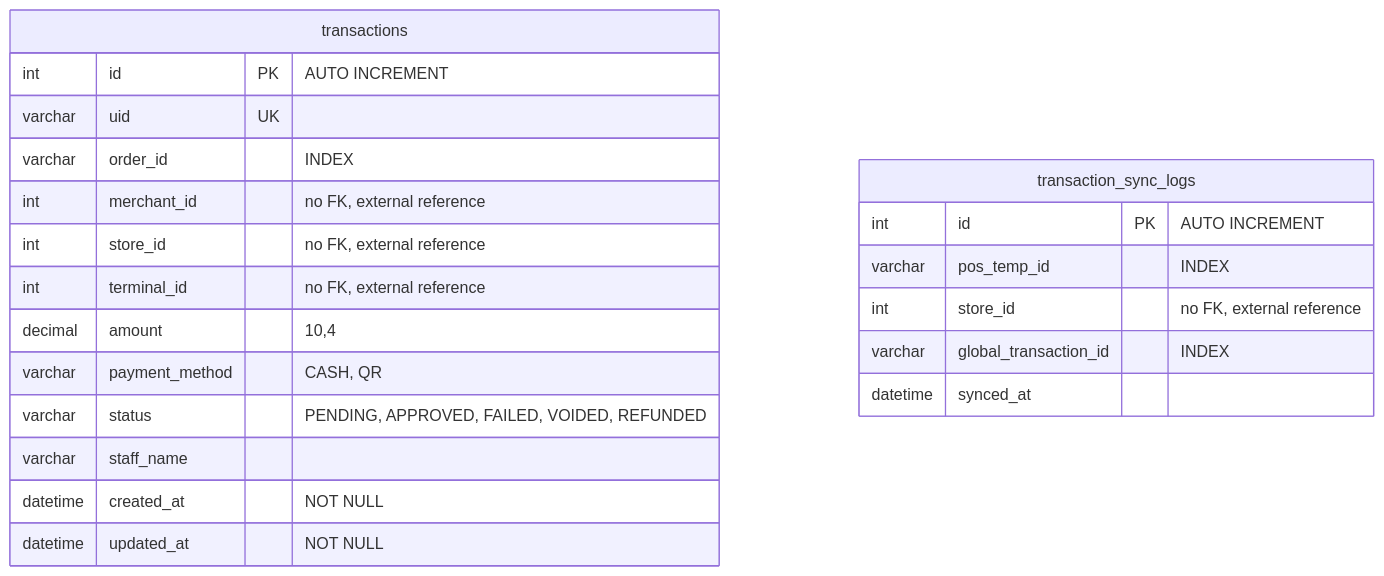
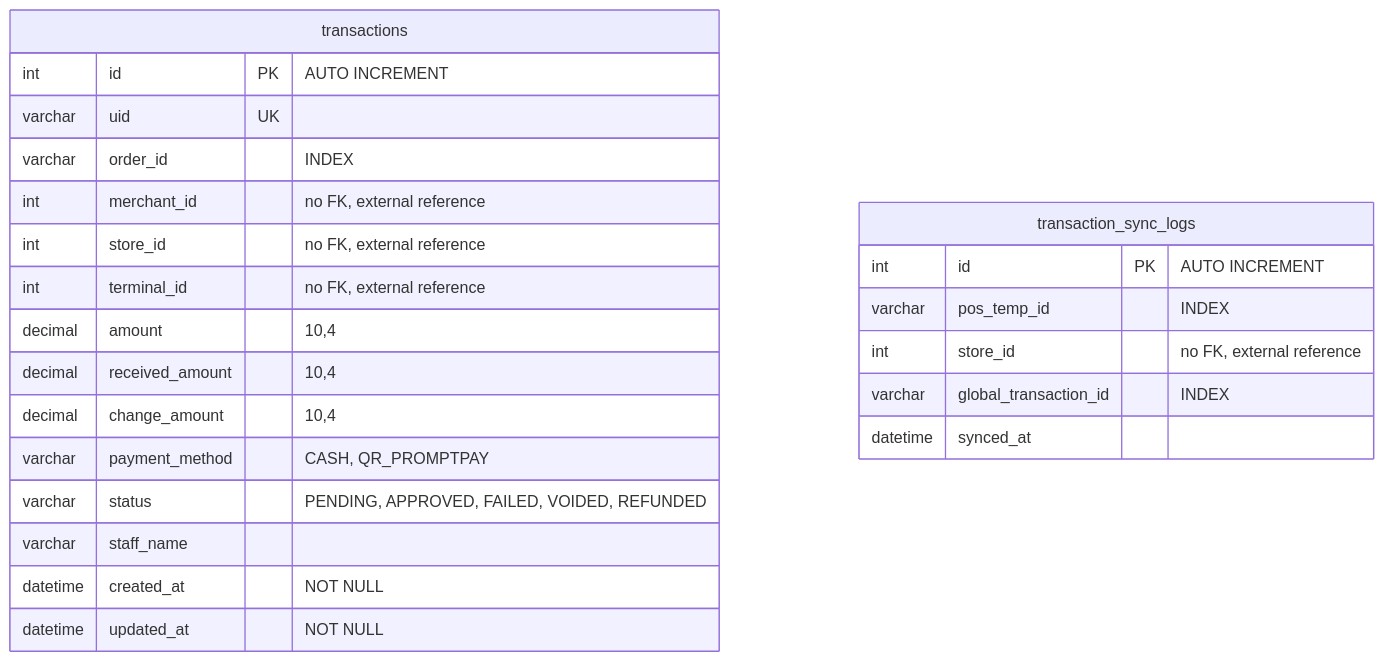
The diagram in docs/portal/erdiagram/transaction-management.md (apisit110/pos-center), drawn with Mermaid before and after one commit. The commit also changed other lines of this file and 16 other files, not shown here.

Commit message:
refactor: update transaction handling to include received and change amounts, and adjust payment method to support QR_PROMPTPAY

````diff
--- a/docs/portal/erdiagram/transaction-management.md
+++ b/docs/portal/erdiagram/transaction-management.md
@@ -1,25 +1,27 @@
 ```mermaid
 erDiagram
   transactions {
     int id PK "AUTO INCREMENT"
     varchar uid UK
     varchar order_id "INDEX"
     int merchant_id "no FK, external reference"
     int store_id "no FK, external reference"
     int terminal_id "no FK, external reference"
     decimal amount "10,4"
-    varchar payment_method "CASH, QR"
+    decimal received_amount "10,4"
+    decimal change_amount "10,4"
+    varchar payment_method "CASH, QR_PROMPTPAY"
     varchar status "PENDING, APPROVED, FAILED, VOIDED, REFUNDED"
     varchar staff_name
     datetime created_at "NOT NULL"
     datetime updated_at "NOT NULL"
   }
 
   transaction_sync_logs {
     int id PK "AUTO INCREMENT"
     varchar pos_temp_id "INDEX"
     int store_id "no FK, external reference"
     varchar global_transaction_id "INDEX"
     datetime synced_at
   }
 ```
````
